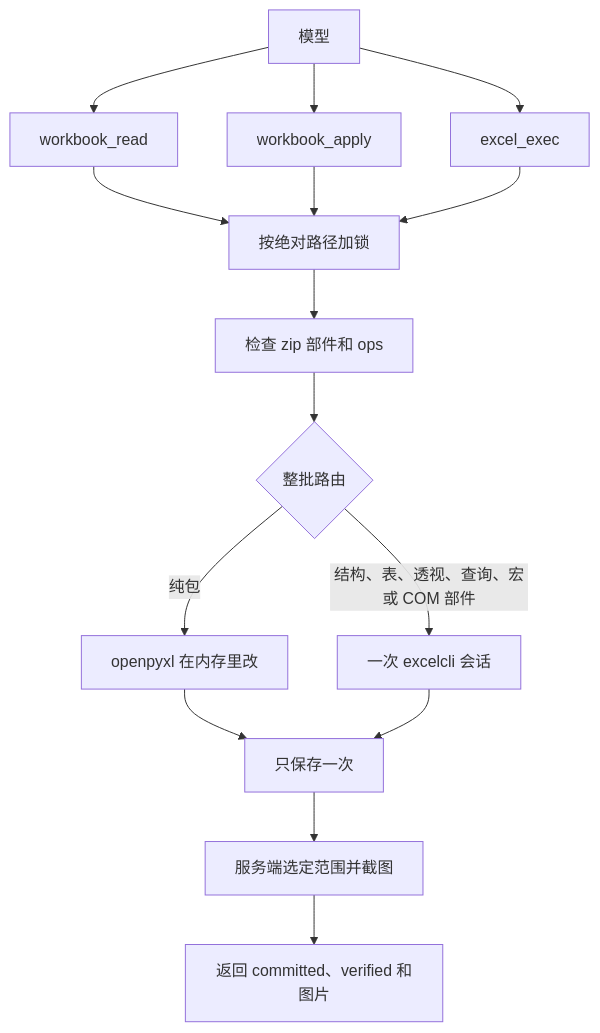
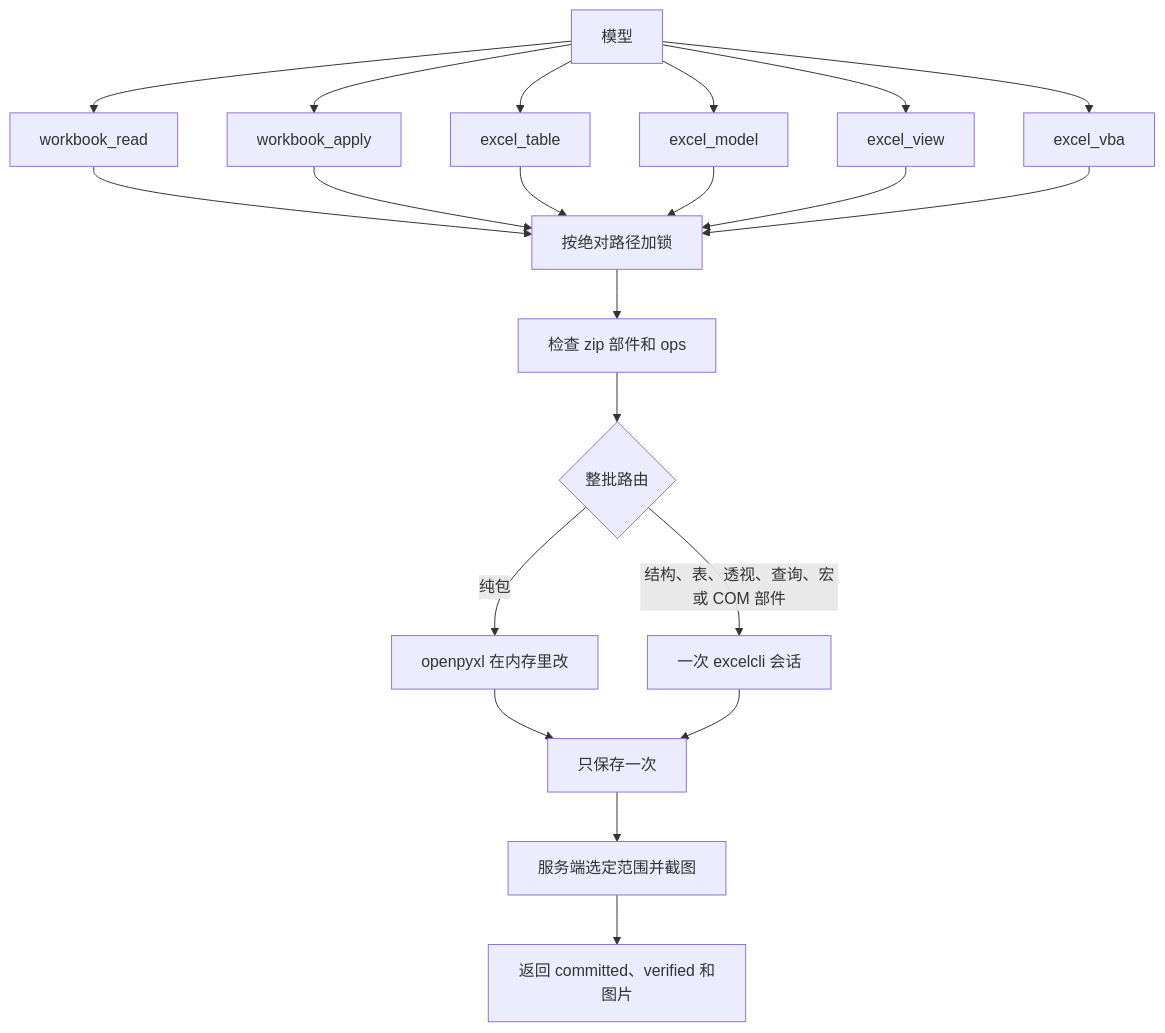
One commit to limoaCatherine/excel-sovereign-mcp changed the first of 2 diagrams in README.md. Above: the diagram before and after it, drawn with Mermaid. The commit also changed other lines of this file and 643 other files, not shown here.

````diff
--- a/README.md
+++ b/README.md
@@ -38,17 +38,23 @@
 ```mermaid
 flowchart TD
   model[模型] --> read[workbook_read]
   model --> apply[workbook_apply]
-  model --> exec[excel_exec]
+  model --> table[excel_table]
+  model --> modeltool[excel_model]
+  model --> view[excel_view]
+  model --> vba[excel_vba]
   read --> lock[按绝对路径加锁]
   apply --> lock
-  exec --> lock
+  table --> lock
+  modeltool --> lock
+  view --> lock
+  vba --> lock
   lock --> inspect[检查 zip 部件和 ops]
   inspect --> route{整批路由}
   route -->|纯包| ox[openpyxl 在内存里改]
   route -->|结构、表、透视、查询、宏或 COM 部件| com[一次 excelcli 会话]
   ox --> save[只保存一次]
   com --> save
   save --> shot[服务端选定范围并截图]
   shot --> back[返回 committed、verified 和图片]
 ```
````
